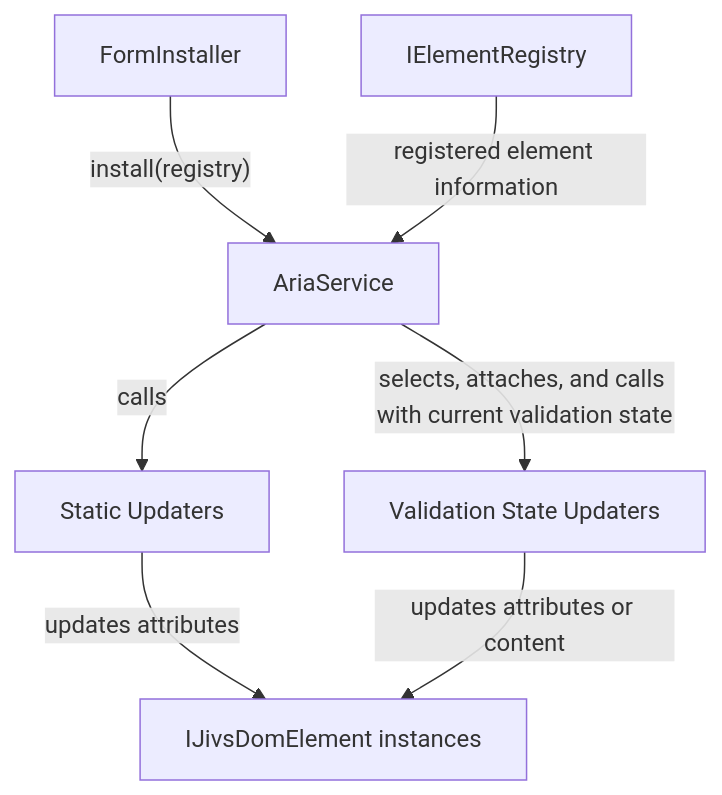
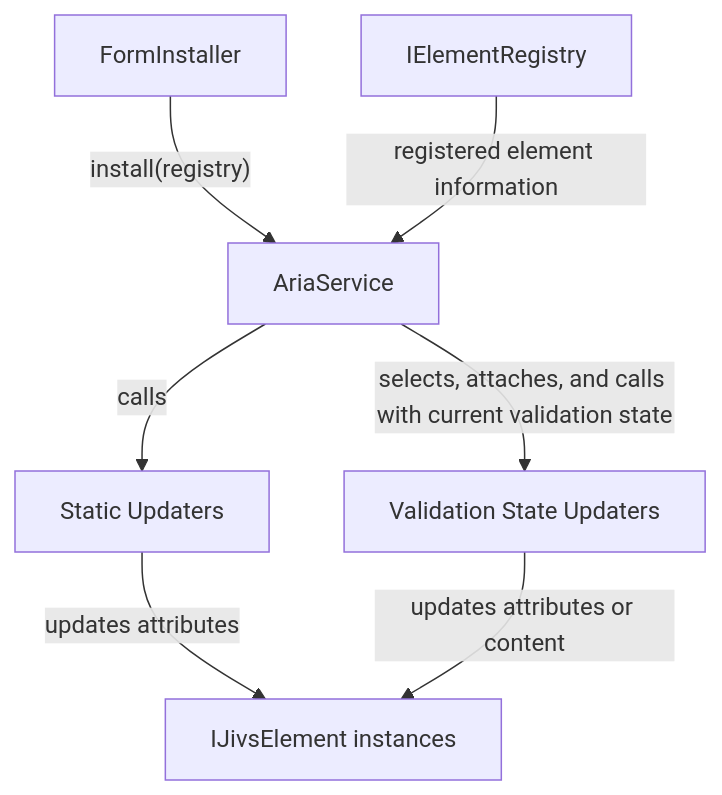
Diagram 11 of 14 in planning/Jivs-DOM_Implementation_Design.md (plblum/jivs), drawn with Mermaid before and after one commit. The commit also changed other lines of this file and 97 other files, not shown here.

Commit message:
Refactoring to rename anchor and IJivsDomElement to jivsElement

````diff
--- a/planning/Jivs-DOM_Implementation_Design.md
+++ b/planning/Jivs-DOM_Implementation_Design.md
@@ -3297,16 +3297,16 @@
 ```mermaid
 flowchart TB
     FormInstaller["FormInstaller"]
     Registry["IElementRegistry"]
     AriaService["AriaService"]
     StaticUpdaters["Static Updaters"]
     ValidationUpdaters["Validation State Updaters"]
-    Elements["IJivsDomElement instances"]
+    Elements["IJivsElement instances"]
 
     FormInstaller -->|"install(registry)"| AriaService
     Registry -->|"registered element information"| AriaService
     AriaService -->|"calls"| StaticUpdaters
     AriaService -->|"selects, attaches, and calls with current validation state"| ValidationUpdaters
     StaticUpdaters -->|"updates attributes"| Elements
     ValidationUpdaters -->|"updates attributes or content"| Elements
 ```
````
